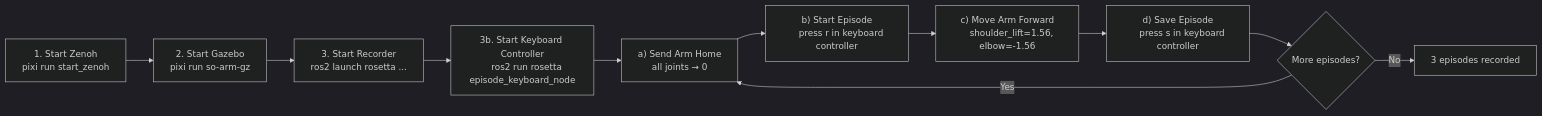
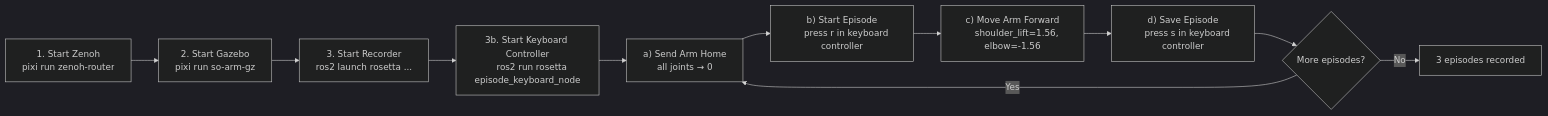
The diagram in docs/demos/end-to-end-pipeline.md (ros-physical-ai/demos), drawn with Mermaid (dark theme) before and after one commit. The commit also changed other lines of this file and 8 other files, not shown here.

First line of the commit message:
Replace start_zenoh with start-zenoh-router (#80)

````diff
--- a/docs/demos/end-to-end-pipeline.md
+++ b/docs/demos/end-to-end-pipeline.md
@@ -357,21 +357,21 @@
 ```mermaid
 flowchart LR
     A["1. Start Zenoh
-    pixi run start_zenoh"] --> B["2. Start Gazebo
+    pixi run zenoh-router"] --> B["2. Start Gazebo
     pixi run so-arm-gz"]
     B --> C["3. Start Recorder
     ros2 launch rosetta ..."]
     C --> Ck["3b. Start Keyboard Controller
     ros2 run rosetta episode_keyboard_node"]
     Ck --> D["a) Send Arm Home
     all joints → 0"]
     D --> E["b) Start Episode
     press r in keyboard controller"]
     E --> F["c) Move Arm Forward
     shoulder_lift=1.56, elbow=-1.56"]
     F --> G["d) Save Episode
     press s in keyboard controller"]
     G --> H{More episodes?}
     H -- Yes --> D
     H -- No --> I["3 episodes recorded"]
 ```
````
